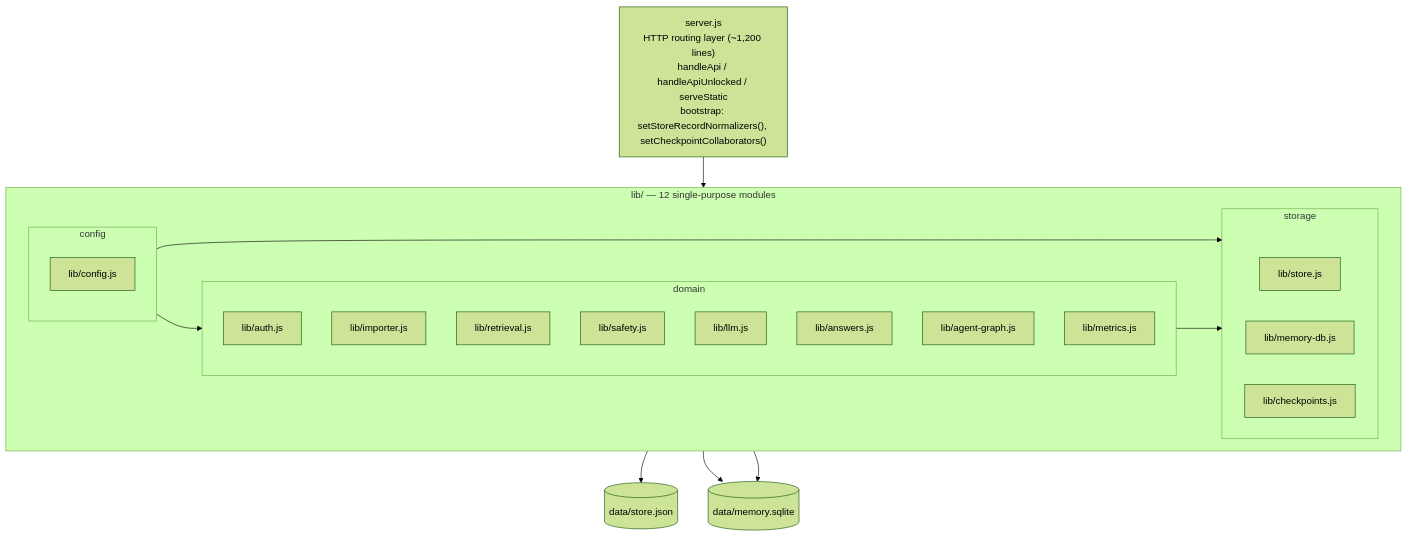
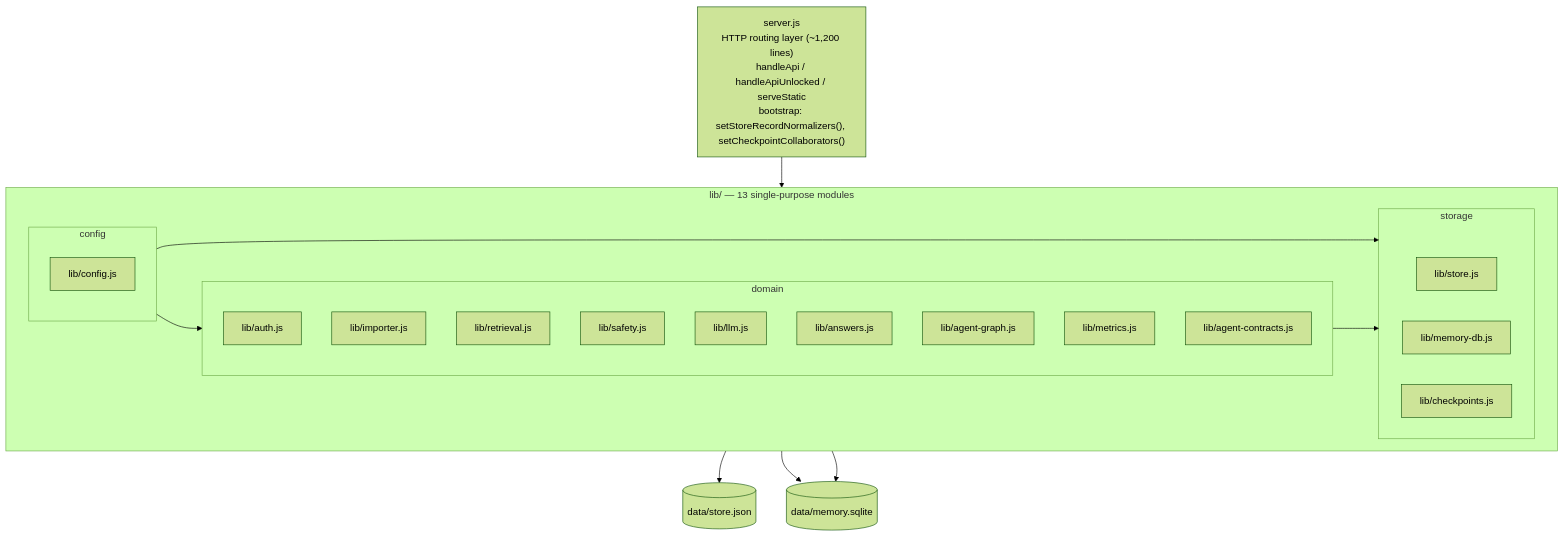
One commit to yuk1no4090/Repomentor changed the first of 2 diagrams in README.md. Above: the diagram before and after it, drawn with Mermaid (forest theme). The commit also changed other lines of this file and 24 other files, not shown here.

````diff
--- a/README.md
+++ b/README.md
@@ -34,37 +34,38 @@
 ```mermaid
 flowchart TD
     HTTP["server.js<br/>HTTP routing layer (~1,200 lines)<br/>handleApi / handleApiUnlocked / serveStatic<br/>bootstrap: setStoreRecordNormalizers(), setCheckpointCollaborators()"]
 
-    subgraph LIB["lib/ — 12 single-purpose modules"]
+    subgraph LIB["lib/ — 13 single-purpose modules"]
         direction LR
         subgraph CFG["config"]
             C1["lib/config.js"]
         end
         subgraph STORE["storage"]
             S1["lib/store.js"]
             S2["lib/memory-db.js"]
             S3["lib/checkpoints.js"]
         end
         subgraph DOMAIN["domain"]
             D1["lib/auth.js"]
             D2["lib/importer.js"]
             D3["lib/retrieval.js"]
             D4["lib/safety.js"]
             D5["lib/llm.js"]
             D6["lib/answers.js"]
             D7["lib/agent-graph.js"]
             D8["lib/metrics.js"]
+            D9["lib/agent-contracts.js"]
         end
     end
 
     DATA1[("data/store.json")]
     DATA2[("data/memory.sqlite")]
 
     HTTP --> LIB
     CFG --> STORE
     CFG --> DOMAIN
     DOMAIN --> STORE
     S1 --> DATA1
     S2 --> DATA2
     S3 --> DATA2
 ```
````
